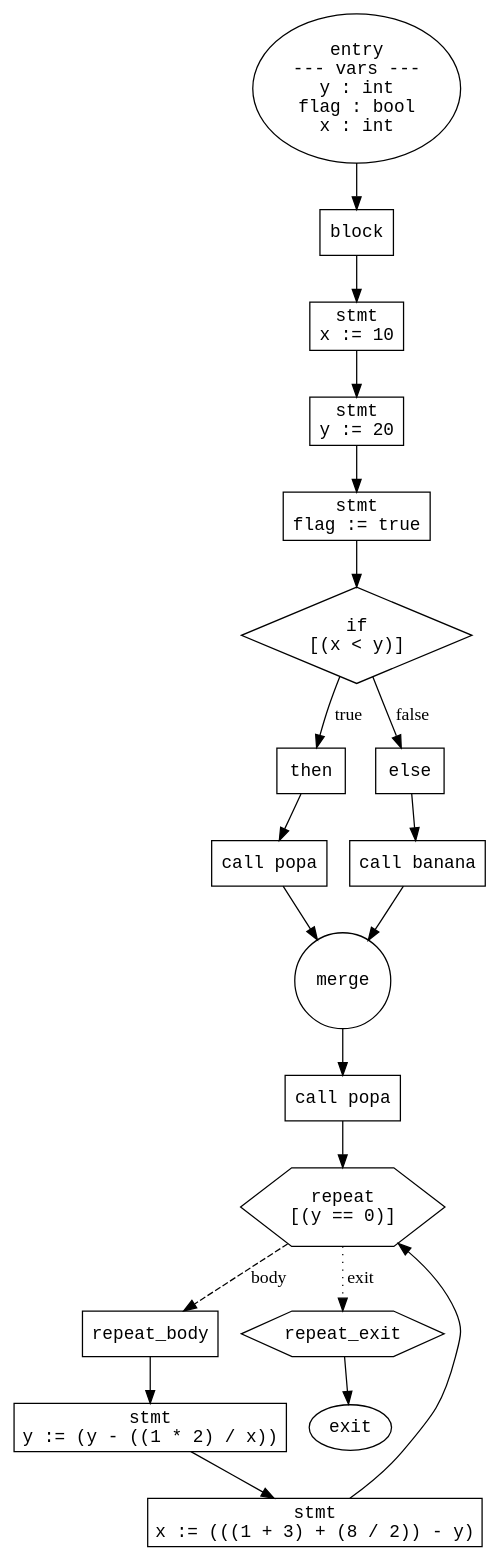
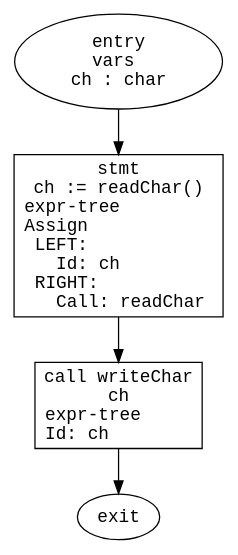
Before and after one commit to ArtemkaSheremetev/ProgLangs: the diagram in build/main.cfg.dot, drawn with Graphviz. The commit also changed 112 other files, not shown here.

```diff
--- a/build/main.cfg.dot
+++ b/build/main.cfg.dot
@@ -1,44 +1,14 @@
 digraph main {
   rankdir=TB;
   node [fontname="Courier"];
 
-  n97132079019808 [shape=ellipse, label="entry\n--- vars ---\ny : int\nflag : bool\nx : int"];
-  n97132079362832 [shape=ellipse, label="exit"];
-  n97132079363504 [shape=box, label="block"];
-  n97132079363760 [shape=box, label="stmt\nx := 10"];
-  n97132079364016 [shape=box, label="stmt\ny := 20"];
-  n97132079364304 [shape=box, label="stmt\nflag := true"];
-  n97132079364624 [shape=diamond, label="if\n[(x < y)]"];
-  n97132079364944 [shape=box, label="then"];
-  n97132079365264 [shape=box, label="call popa"];
-  n97132079366128 [shape=box, label="else"];
-  n97132079366416 [shape=box, label="call banana"];
-  n97132079366800 [shape=circle, label="merge"];
-  n97132079367184 [shape=box, label="call popa"];
-  n97132079367472 [shape=hexagon, label="repeat\n[(y == 0)]"];
-  n97132079367792 [shape=box, label="repeat_body"];
-  n97132079368112 [shape=box, label="stmt\ny := (y - ((1 * 2) / x))"];
-  n97132079368432 [shape=box, label="stmt\nx := (((1 + 3) + (8 / 2)) - y)"];
-  n97132079368912 [shape=hexagon, label="repeat_exit"];
+  n104354112746384 [shape=ellipse, labeljust=l, label="entry\n    vars    \nch : char"];
+  n104354112746960 [shape=ellipse, labeljust=l, label="exit"];
+  n104354112744656 [shape=box, labeljust=l, label="stmt\nch := readChar()\n expr-tree \lAssign\l  LEFT:\l    Id: ch\l  RIGHT:\l    Call: readChar\l"];
+  n104354112742928 [shape=box, labeljust=l, label="call writeChar\nch\n expr-tree \lId: ch\l"];
 
   // Successor edges
-  n97132079019808 -> n97132079363504;
-  n97132079363504 -> n97132079363760;
-  n97132079363760 -> n97132079364016;
-  n97132079364016 -> n97132079364304;
-  n97132079364304 -> n97132079364624;
-  n97132079364624 -> n97132079364944 [label="true"];
-  n97132079364624 -> n97132079366128 [label="false"];
-  n97132079364944 -> n97132079365264;
-  n97132079365264 -> n97132079366800;
-  n97132079366128 -> n97132079366416;
-  n97132079366416 -> n97132079366800;
-  n97132079366800 -> n97132079367184;
-  n97132079367184 -> n97132079367472;
-  n97132079367472 -> n97132079367792 [label="body", style="dashed"];
-  n97132079367472 -> n97132079368912 [label="exit", style="dotted"];
-  n97132079367792 -> n97132079368112;
-  n97132079368112 -> n97132079368432;
-  n97132079368432 -> n97132079367472;
-  n97132079368912 -> n97132079362832;
+  n104354112746384 -> n104354112744656;
+  n104354112744656 -> n104354112742928;
+  n104354112742928 -> n104354112746960;
 }
```
